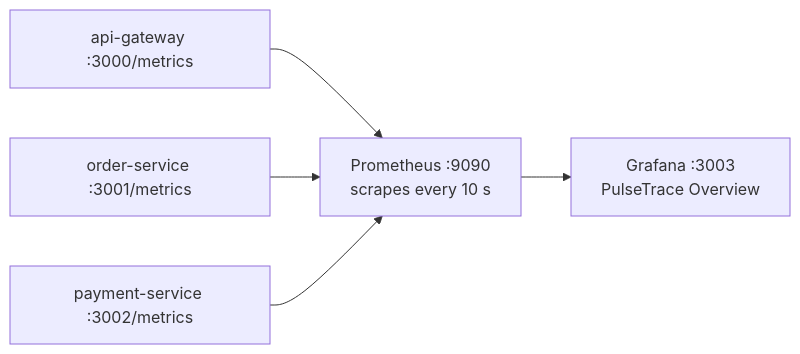
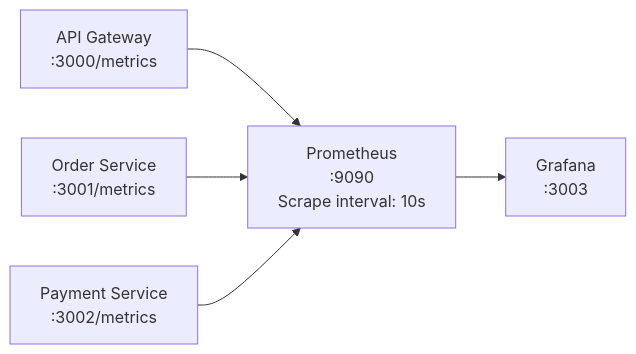
Before and after one commit to aliaagamall/pulsetrace: the second of 2 diagrams in docs/architecture/observability.md, drawn with Mermaid. The commit also changed other lines of this file and 2 other files, not shown here.

Commit message:
docs(observability): document metrics dashboard and test results

````diff
--- a/docs/architecture/observability.md
+++ b/docs/architecture/observability.md
@@ -203,7 +177,14 @@
 ```mermaid
 flowchart LR
-    GW["api-gateway :3000/metrics"] --> P["Prometheus :9090<br/>scrapes every 10 s"]
-    ORD["order-service :3001/metrics"] --> P
-    PAY["payment-service :3002/metrics"] --> P
-    P --> G["Grafana :3003<br/>PulseTrace Overview"]
+    GW["API Gateway<br/>:3000/metrics"]
+    ORD["Order Service<br/>:3001/metrics"]
+    PAY["Payment Service<br/>:3002/metrics"]
+
+    P["Prometheus<br/>:9090<br/>Scrape interval: 10s"]
+    G["Grafana<br/>:3003"]
+
+    GW --> P
+    ORD --> P
+    PAY --> P
+    P --> G
 ```
````
